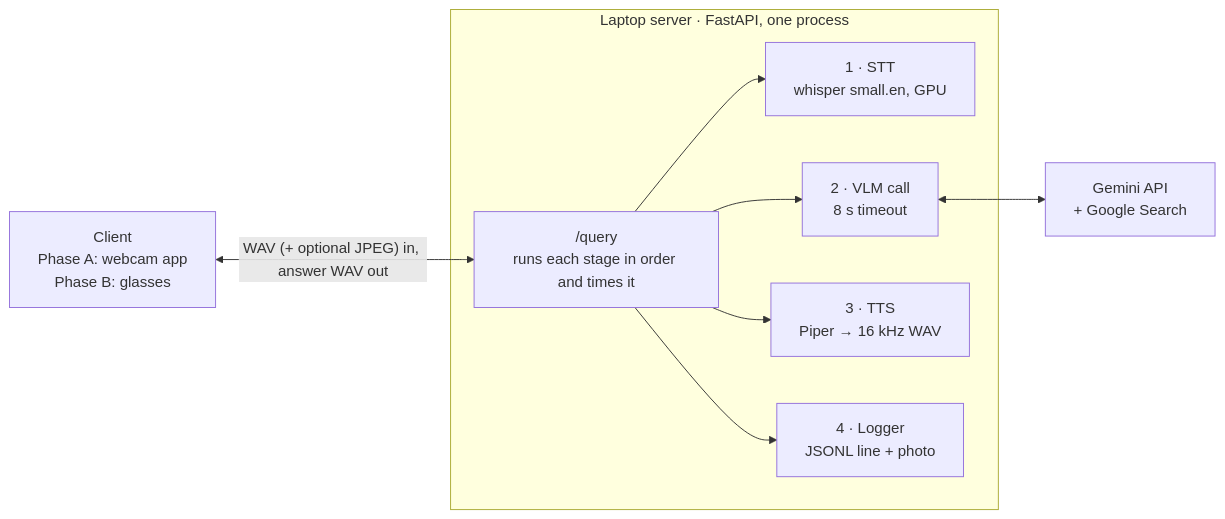
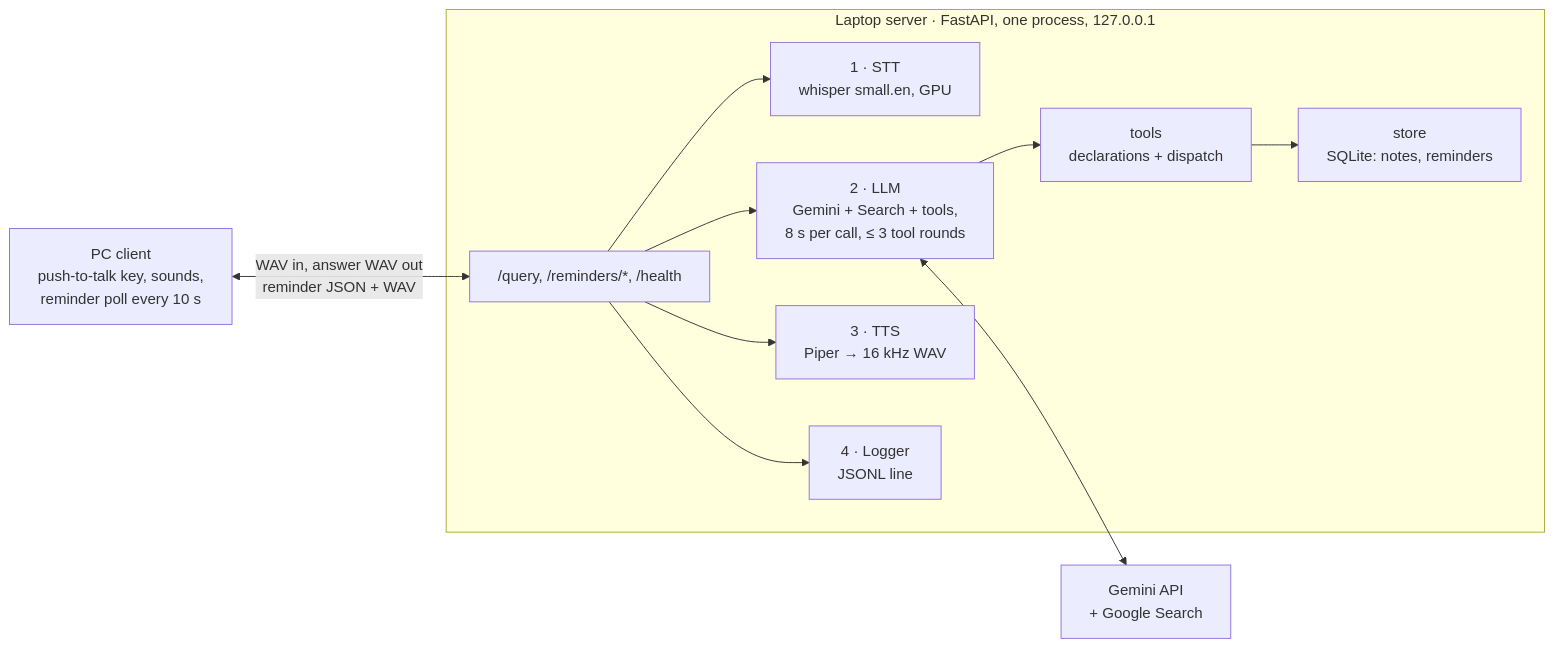
One commit to Bhavik-03/AI_glass_v1 changed the diagram in docs/design.md. Above: the diagram before and after it, drawn with Mermaid. The commit also changed other lines of this file and 6 other files, not shown here.

First line of the commit message:
docs: replace plans with voice-first roadmap and v1 docs

````diff
--- a/docs/design.md
+++ b/docs/design.md
@@ -11,12 +13,14 @@
 ```mermaid
 flowchart LR
-    C["Client<br/>Phase A: webcam app<br/>Phase B: glasses"] <-->|"WAV (+ optional JPEG) in, answer WAV out"| Q
-    subgraph S["Laptop server · FastAPI, one process"]
-        Q["/query<br/>runs each stage in order and times it"]
+    C["PC client<br/>push-to-talk key, sounds,<br/>reminder poll every 10 s"] <-->|"WAV in, answer WAV out<br/>reminder JSON + WAV"| Q
+    subgraph S["Laptop server · FastAPI, one process, 127.0.0.1"]
+        Q["/query, /reminders/*, /health"]
         Q --> STT["1 · STT<br/>whisper small.en, GPU"]
-        Q --> VLM["2 · VLM call<br/>8 s timeout"]
+        Q --> LLM["2 · LLM<br/>Gemini + Search + tools,<br/>8 s per call, ≤ 3 tool rounds"]
+        LLM --> TOOLS["tools<br/>declarations + dispatch"]
+        TOOLS --> DB["store<br/>SQLite: notes, reminders"]
         Q --> TTS["3 · TTS<br/>Piper → 16 kHz WAV"]
-        Q --> LOG["4 · Logger<br/>JSONL line + photo"]
+        Q --> LOG["4 · Logger<br/>JSONL line"]
     end
-    VLM <--> G["Gemini API<br/>+ Google Search"]
+    LLM <--> G["Gemini API<br/>+ Google Search"]
 ```
````
